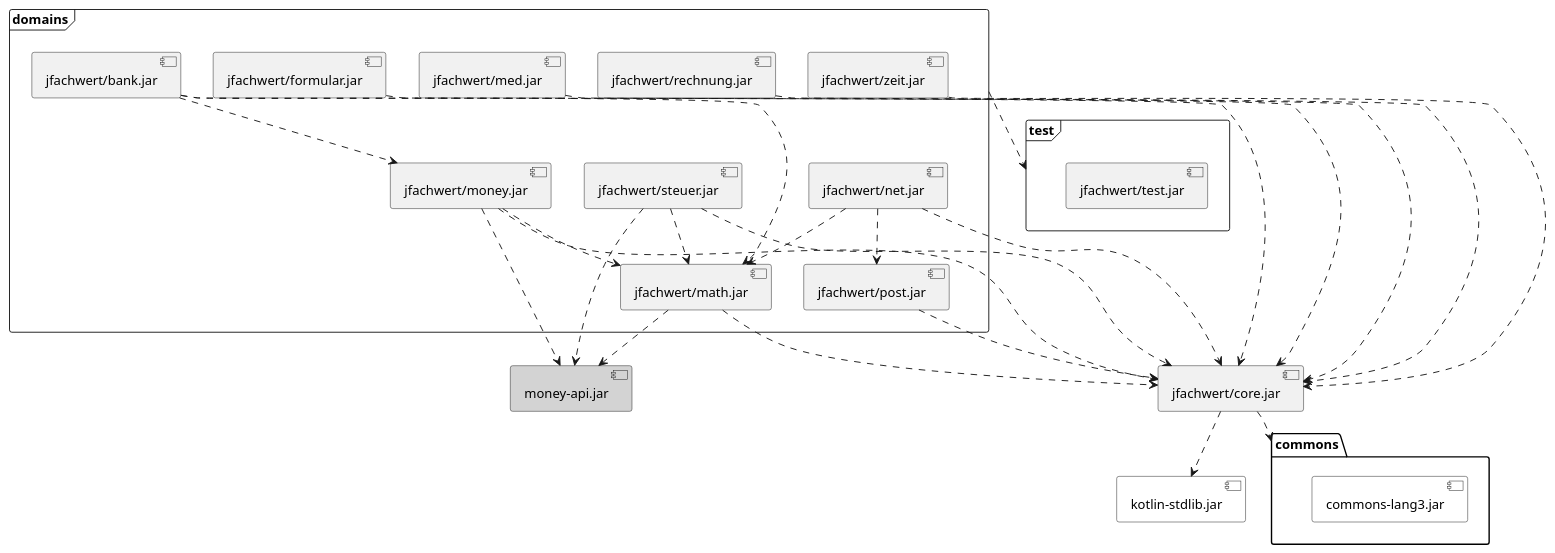
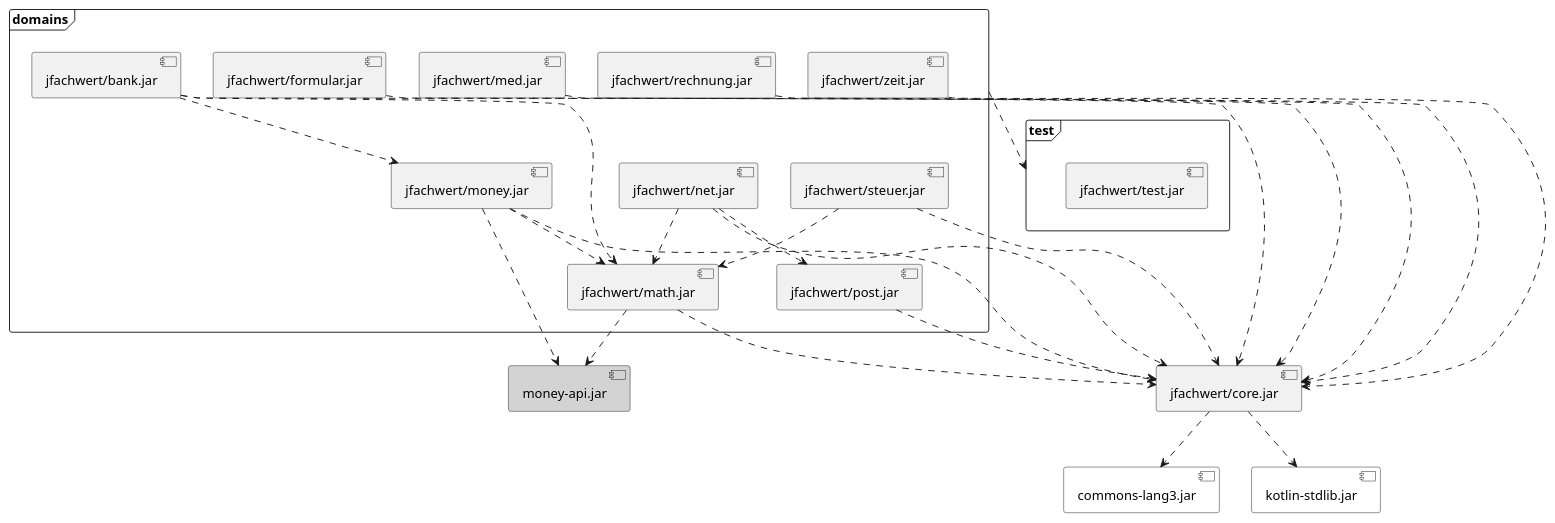
One commit to oboehm/jfachwert changed the diagram in src/main/asciidoc/images/dependencies.puml. Above: the diagram before and after it, drawn with PlantUML. The commit also changed 1 other file, not shown here.

```diff
--- a/src/main/asciidoc/images/dependencies.puml
+++ b/src/main/asciidoc/images/dependencies.puml
@@ -1,65 +1,58 @@
 @startuml
-
-folder "commons" {
-
-    [commons-lang3.jar]
-
-}
 
 frame "domains" {
     [jfachwert/bank.jar]
     [jfachwert/formular.jar]
     [jfachwert/math.jar]
     [jfachwert/med.jar]
     [jfachwert/money.jar]
     [jfachwert/net.jar]
     [jfachwert/post.jar]
     [jfachwert/rechnung.jar]
     [jfachwert/steuer.jar]
     [jfachwert/zeit.jar]
 }
 
-[jfachwert/core.jar] ..> commons
+[jfachwert/core.jar] ..>     [commons-lang3.jar]
 
 [jfachwert/core.jar] ..> [kotlin-stdlib.jar]
 
 [jfachwert/bank.jar] ..> [jfachwert/core.jar]
 [jfachwert/bank.jar] ..> [jfachwert/math.jar]
 [jfachwert/bank.jar] ..> [jfachwert/money.jar]
 
 [jfachwert/formular.jar] ..> [jfachwert/core.jar]
 
 [jfachwert/math.jar] ..> [jfachwert/core.jar]
 [jfachwert/math.jar] ..> [money-api.jar]
 
 [jfachwert/med.jar] ..> [jfachwert/core.jar]
 
 [jfachwert/money.jar] ..> [jfachwert/core.jar]
 [jfachwert/money.jar] ..> [jfachwert/math.jar]
 [jfachwert/money.jar] ..> [money-api.jar]
 
 [jfachwert/net.jar] ..> [jfachwert/core.jar]
 [jfachwert/net.jar] ..> [jfachwert/math.jar]
 [jfachwert/net.jar] ..> [jfachwert/post.jar]
 
 [jfachwert/post.jar] ..> [jfachwert/core.jar]
 
 [jfachwert/rechnung.jar] ..> [jfachwert/core.jar]
 
 [jfachwert/steuer.jar] ..> [jfachwert/core.jar]
 [jfachwert/steuer.jar] ..> [jfachwert/math.jar]
-[jfachwert/steuer.jar] ..> [money-api.jar]
 
 [jfachwert/zeit.jar] ..> [jfachwert/core.jar]
 
 [commons-lang3.jar] #White
 [kotlin-stdlib.jar] #White
 [money-api.jar] #Lightgrey
 
 frame "test" {
     [jfachwert/test.jar]
 }
 
 domains ..> test
 
 @enduml
```
